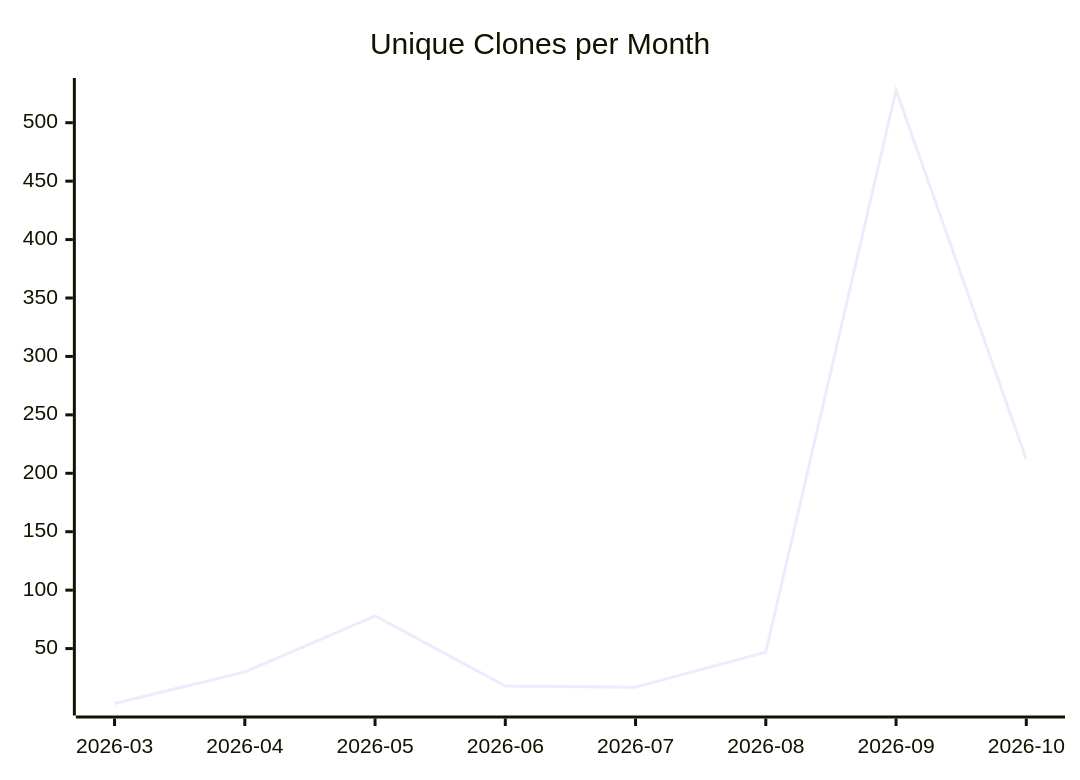
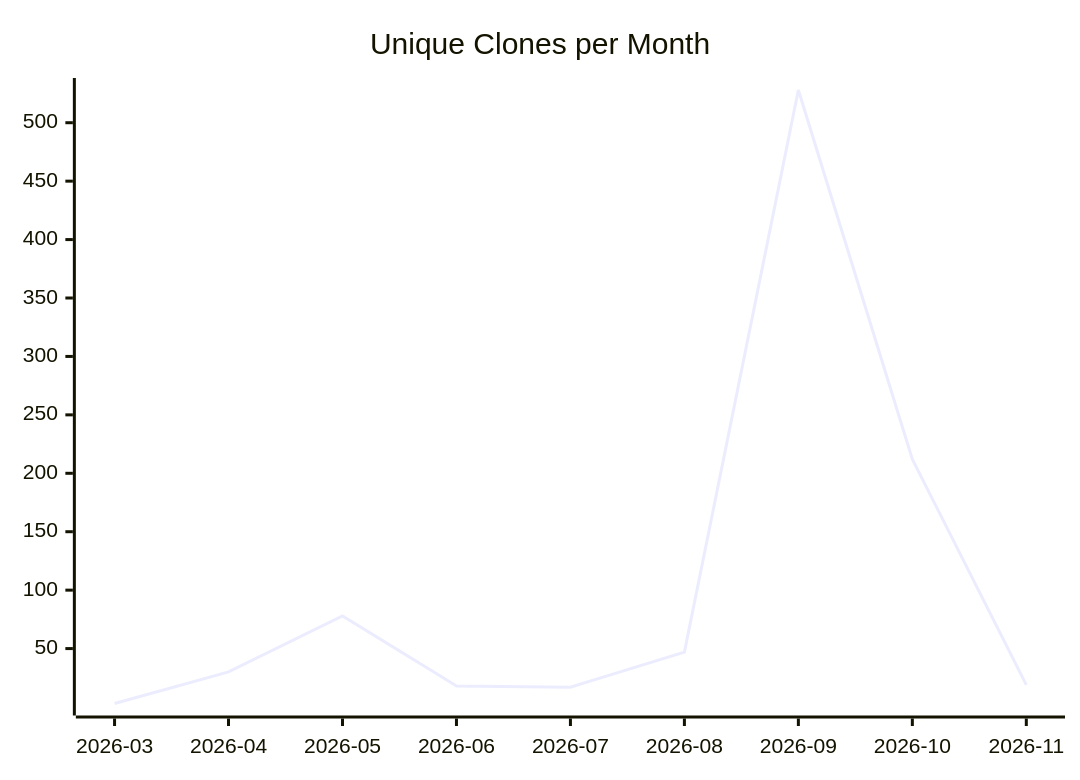
The third of 3 diagrams in karlmdavis/justdavis-ansible/README.md (justdavis-family/github-analytics-data), drawn with Mermaid before and after one commit. The commit also changed other lines of this file and 201 other files, not shown here.

````diff
--- a/karlmdavis/justdavis-ansible/README.md
+++ b/karlmdavis/justdavis-ansible/README.md
@@ -19,6 +19,6 @@
 ```mermaid
 xychart-beta
   title "Unique Clones per Month"
-  x-axis ["2026-03", "2026-04", "2026-05", "2026-06", "2026-07", "2026-08", "2026-09", "2026-10"]
-  line [3, 30, 78, 18, 17, 47, 528, 212]
+  x-axis ["2026-03", "2026-04", "2026-05", "2026-06", "2026-07", "2026-08", "2026-09", "2026-10", "2026-11"]
+  line [3, 30, 78, 18, 17, 47, 528, 212, 19]
 ```
````
